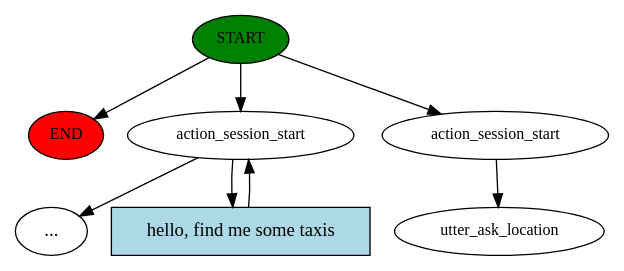
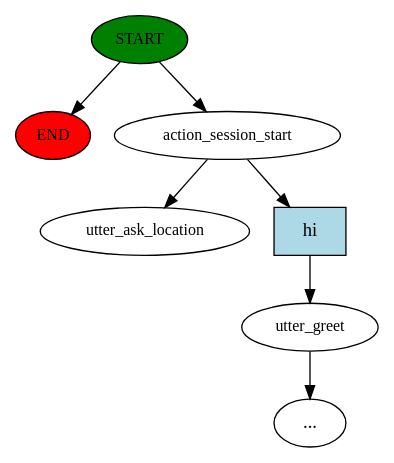
Before and after one commit to 4nshuman/Foodie_chatbot: the diagram in story_graph.dot, drawn with Graphviz. The commit also changed 4 other files, not shown here.

```diff
--- a/story_graph.dot
+++ b/story_graph.dot
@@ -1,16 +1,15 @@
 digraph  {
 0 [class="start active", fillcolor=green, fontsize=12, label=START, style=filled];
 "-1" [class=end, fillcolor=red, fontsize=12, label=END, style=filled];
-1 [class="", fontsize=12, label=action_session_start];
+1 [class=active, fontsize=12, label=action_session_start];
+2 [class="", fontsize=12, label=utter_greet];
 "-3" [class=ellipsis, label="..."];
-3 [class=active, fontsize=12, label=action_session_start];
 4 [class="dashed active", fontsize=12, label=utter_ask_location];
-5 [class=intent, fillcolor=lightblue, label="hello, find me some taxis", shape=rect, style=filled];
+5 [class=intent, fillcolor=lightblue, label=hi, shape=rect, style=filled];
 0 -> "-1"  [class="", key=NONE, label=""];
-0 -> 1  [class="", key=NONE, label=""];
-0 -> 3  [class=active, key=NONE, label=""];
-1 -> "-3"  [class="", key=NONE, label=""];
+0 -> 1  [class=active, key=NONE, label=""];
+1 -> 4  [class=active, key=NONE, label=""];
 1 -> 5  [class="", key=0];
-3 -> 4  [class=active, key=NONE, label=""];
-5 -> 1  [class="", key=0];
+2 -> "-3"  [class="", key=NONE, label=""];
+5 -> 2  [class="", key=0];
 }
```
